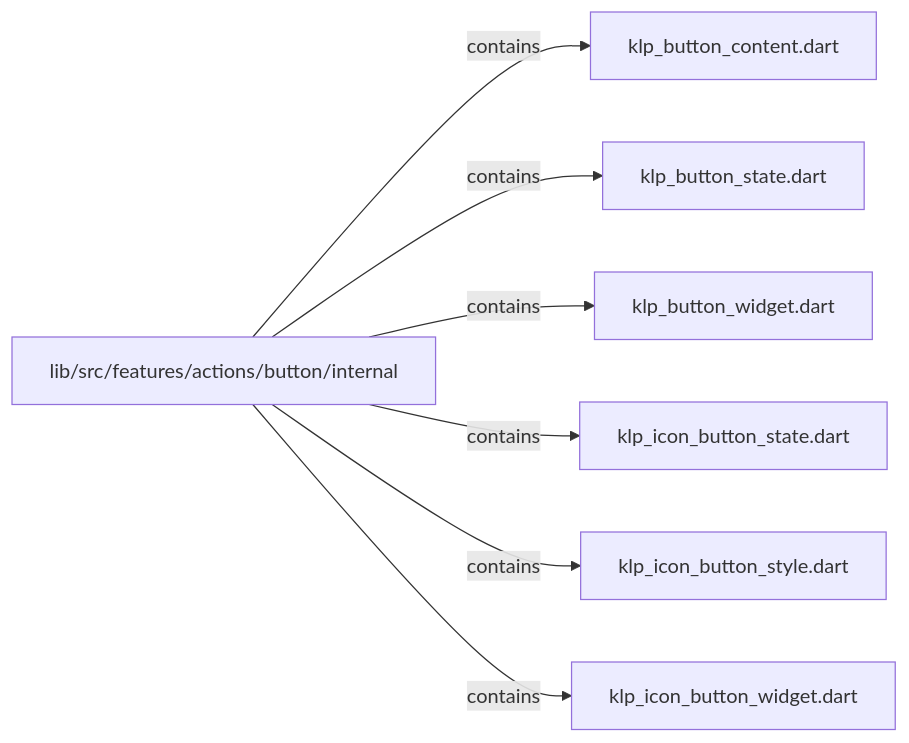
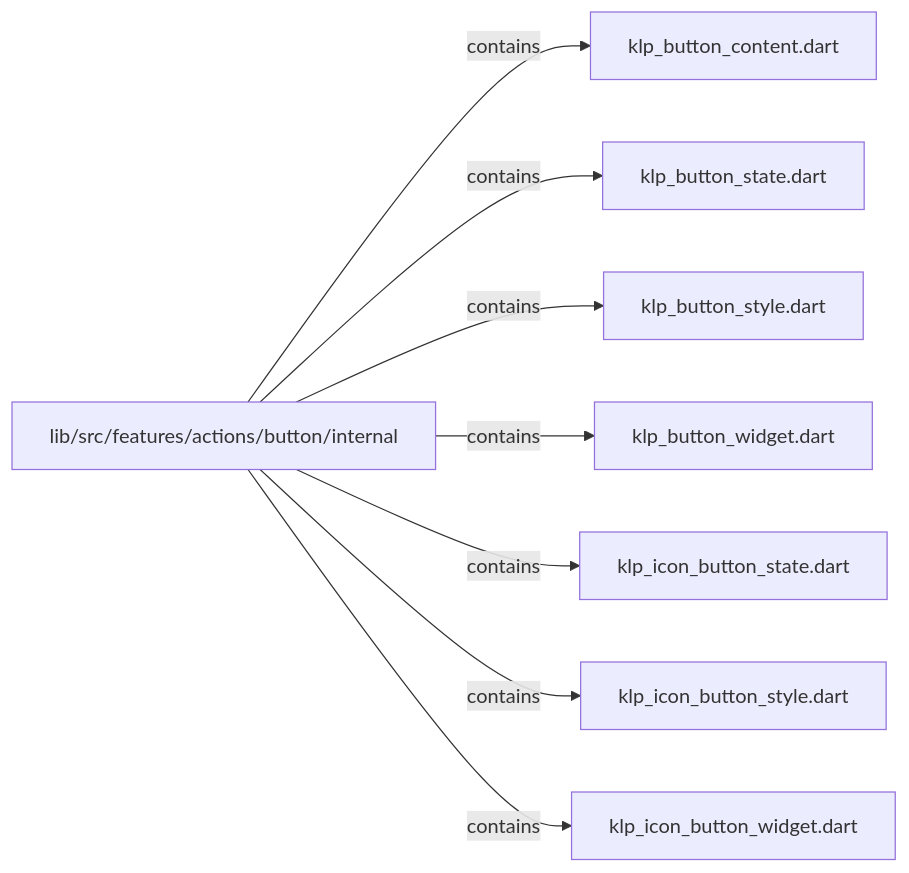
One commit to MiuDog/Kallopis changed the second of 2 diagrams in docs/architecture/src/features/actions/button/internal/README.md. Above: the diagram before and after it, drawn with Mermaid. The commit also changed other lines of this file and 9688 other files, not shown here.

Commit message:
Prepare isolated Flow F2 peer baseline

````diff
--- a/docs/architecture/src/features/actions/button/internal/README.md
+++ b/docs/architecture/src/features/actions/button/internal/README.md
@@ -26,16 +41,18 @@
 ```mermaid
 flowchart LR
 	n0["lib/src/features/actions/button/internal"]
 	n1["klp_button_content.dart"]
 	n2["klp_button_state.dart"]
-	n3["klp_button_widget.dart"]
-	n4["klp_icon_button_state.dart"]
-	n5["klp_icon_button_style.dart"]
-	n6["klp_icon_button_widget.dart"]
+	n3["klp_button_style.dart"]
+	n4["klp_button_widget.dart"]
+	n5["klp_icon_button_state.dart"]
+	n6["klp_icon_button_style.dart"]
+	n7["klp_icon_button_widget.dart"]
 	n0 -->|"contains"| n1
 	n0 -->|"contains"| n2
 	n0 -->|"contains"| n3
 	n0 -->|"contains"| n4
 	n0 -->|"contains"| n5
 	n0 -->|"contains"| n6
+	n0 -->|"contains"| n7
 ```
````
